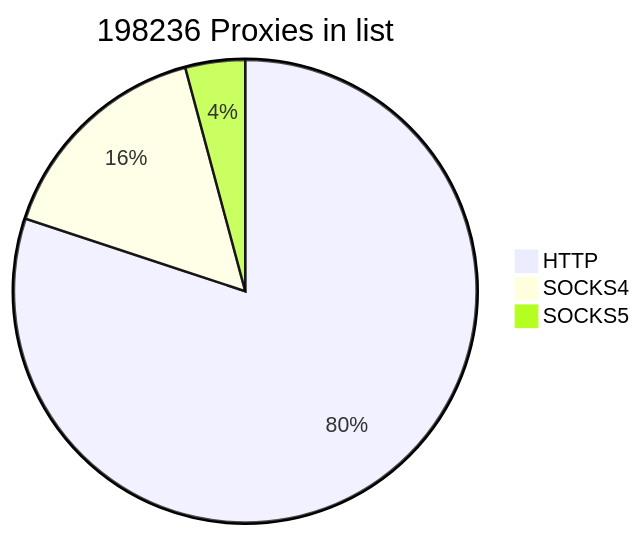
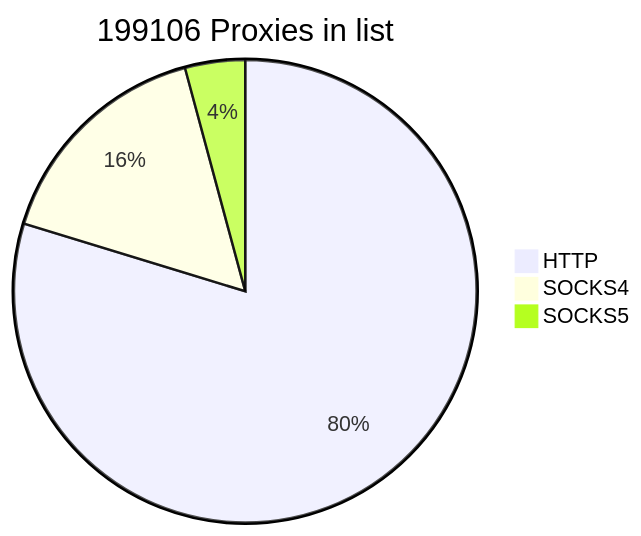
One commit to cutipu/proxylist changed the first of 2 diagrams in README.md. Above: the diagram before and after it, drawn with Mermaid. The commit also changed other lines of this file, not shown here.

````diff
--- a/README.md
+++ b/README.md
@@ -2,7 +2,7 @@
 ```mermaid
-pie title 198236 Proxies in list
-    "HTTP" : 158738
-    "SOCKS4" : 31225
-    "SOCKS5" : 8273
+pie title 199106 Proxies in list
+    "HTTP" : 158735
+    "SOCKS4" : 32017
+    "SOCKS5" : 8354
             
 ```
````
